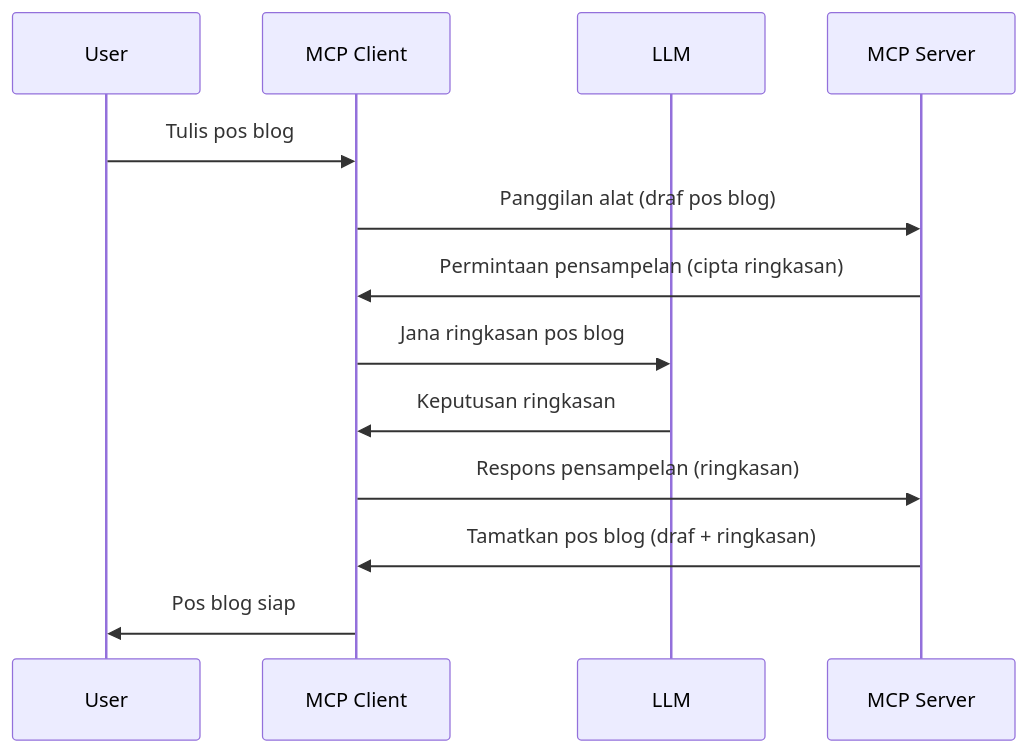
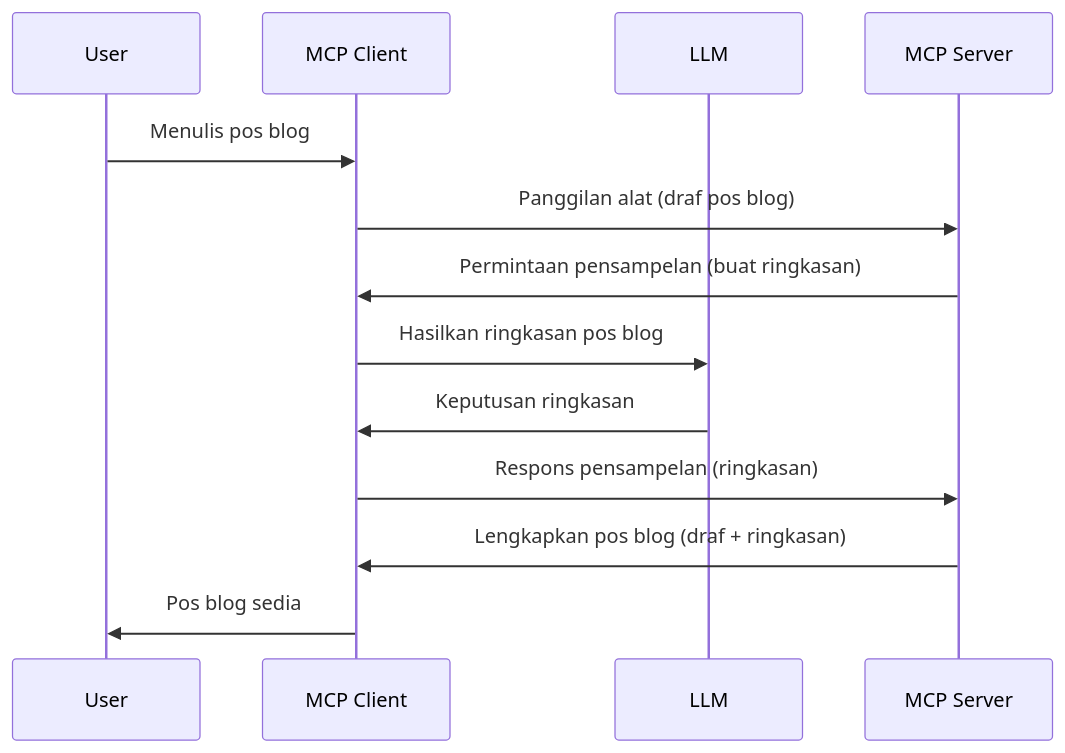
Before and after one commit to HIDORAKAI002/ai-workspace-archive: the diagram in mcp_ecosystem__model_context_protocol/mcp_learning_resources/mcp-for-beginners/translations/ms/03-GettingStarted/14-sampling/README.md, drawn with Mermaid. The commit also changed other lines of this file and 1160 other files, not shown here.

````diff
--- a/mcp_ecosystem__model_context_protocol/mcp_learning_resources/mcp-for-beginners/translations/ms/03-GettingStarted/14-sampling/README.md
+++ b/mcp_ecosystem__model_context_protocol/mcp_learning_resources/mcp-for-beginners/translations/ms/03-GettingStarted/14-sampling/README.md
@@ -23,16 +23,16 @@
 ```mermaid
 sequenceDiagram
     participant User
     participant MCP Client
     participant LLM
     participant MCP Server
 
-    User->>MCP Client: Tulis pos blog
+    User->>MCP Client: Menulis pos blog
     MCP Client->>MCP Server: Panggilan alat (draf pos blog)
-    MCP Server->>MCP Client: Permintaan pensampelan (cipta ringkasan)
-    MCP Client->>LLM: Jana ringkasan pos blog
+    MCP Server->>MCP Client: Permintaan pensampelan (buat ringkasan)
+    MCP Client->>LLM: Hasilkan ringkasan pos blog
     LLM->>MCP Client: Keputusan ringkasan
     MCP Client->>MCP Server: Respons pensampelan (ringkasan)
-    MCP Server->>MCP Client: Tamatkan pos blog (draf + ringkasan)
-    MCP Client->>User: Pos blog siap
+    MCP Server->>MCP Client: Lengkapkan pos blog (draf + ringkasan)
+    MCP Client->>User: Pos blog sedia
 ```
````
